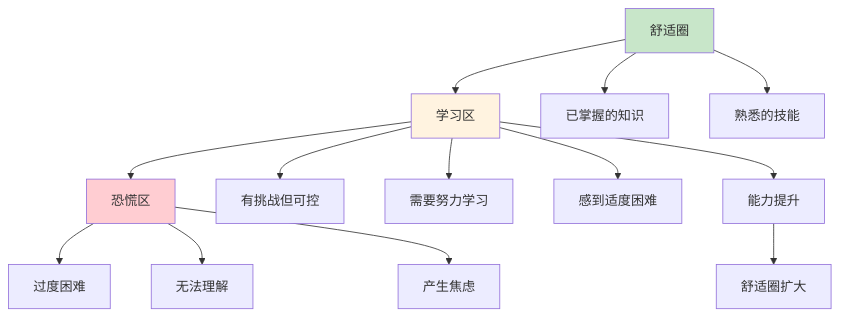
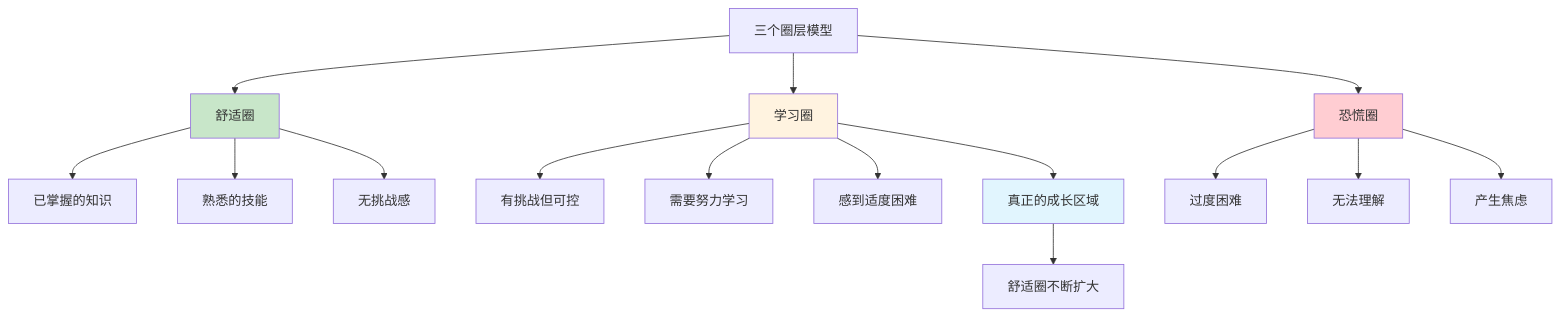
The ninth of 15 diagrams in 10.自我进阶提升书/01.自我思考和挑战/1.1学习的七大原则.md (chongyang211/YCBookBlog), drawn with Mermaid before and after one commit. The commit also changed other lines of this file and 13 other files, not shown here.

````diff
--- a/10.自我进阶提升书/01.自我思考和挑战/1.1学习的七大原则.md
+++ b/10.自我进阶提升书/01.自我思考和挑战/1.1学习的七大原则.md
@@ -172,23 +307,26 @@
 ```mermaid
 graph TD
-    A[舒适圈] --> B[学习区]
-    B --> C[恐慌区]
+    A[三个圈层模型] --> B[舒适圈]
+    A --> C[学习圈]
+    A --> D[恐慌圈]
     
-    A --> A1[已掌握的知识]
-    A --> A2[熟悉的技能]
+    B --> B1[已掌握的知识]
+    B --> B2[熟悉的技能]
+    B --> B3[无挑战感]
     
-    B --> B1[有挑战但可控]
-    B --> B2[需要努力学习]
-    B --> B3[感到适度困难]
+    C --> C1[有挑战但可控]
+    C --> C2[需要努力学习]
+    C --> C3[感到适度困难]
     
-    C --> C1[过度困难]
-    C --> C2[无法理解]
-    C --> C3[产生焦虑]
+    D --> D1[过度困难]
+    D --> D2[无法理解]
+    D --> D3[产生焦虑]
     
-    B --> D[能力提升]
-    D --> E[舒适圈扩大]
+    C --> E[真正的成长区域]
+    E --> F[舒适圈不断扩大]
     
-    style A fill:#c8e6c9
-    style B fill:#fff3e0
-    style C fill:#ffcdd2
+    style B fill:#c8e6c9
+    style C fill:#fff3e0
+    style D fill:#ffcdd2
+    style E fill:#e1f5fe
 ```
````
